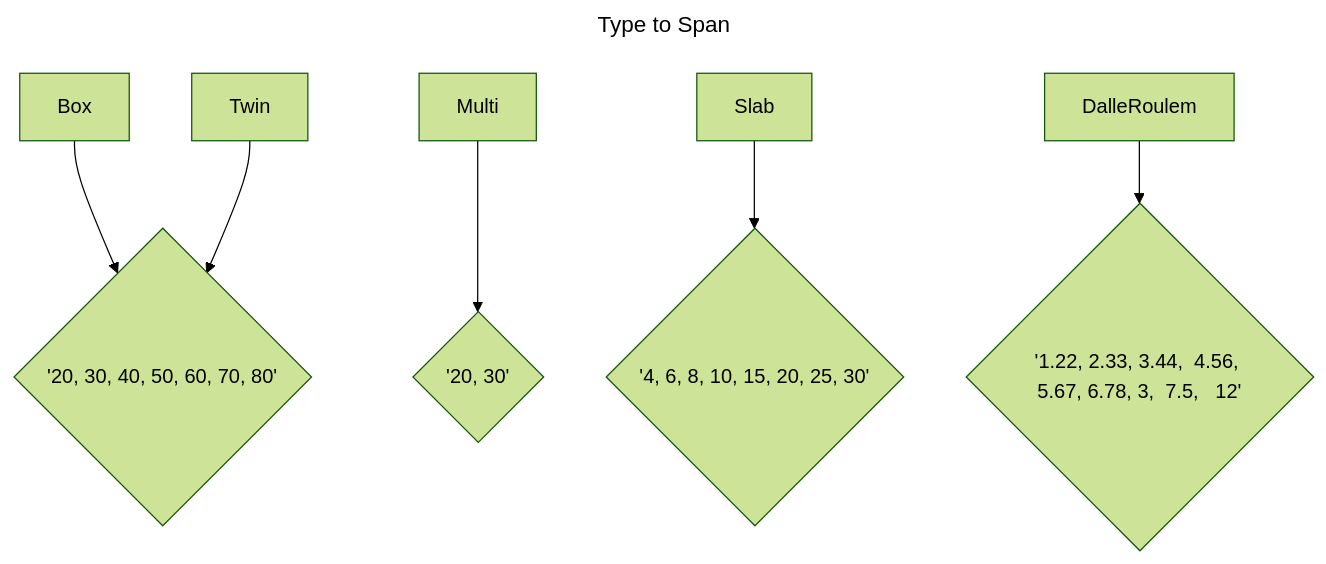
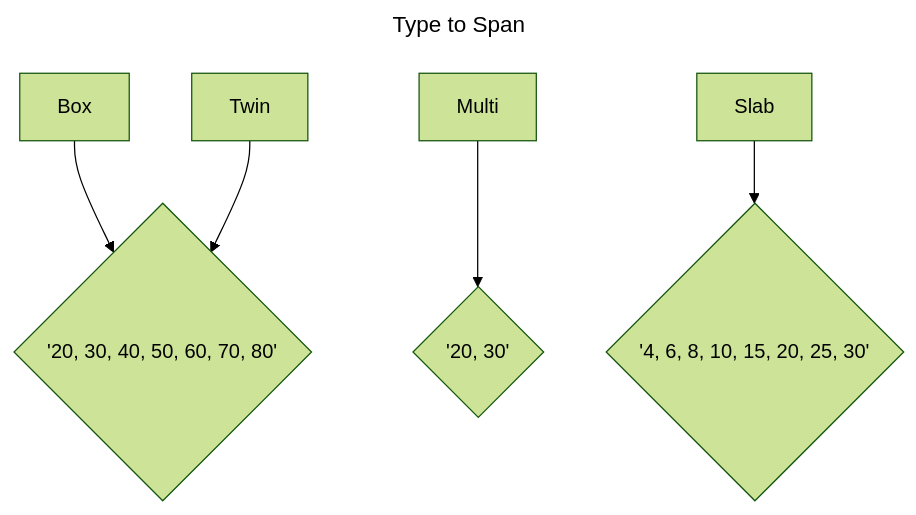
The third of 7 diagrams in README.md (EPFL-ENAC/resslab-astra_82001), drawn with Mermaid (forest theme) before and after one commit. The commit also changed other lines of this file, not shown here.

Commit message:
docs(README): add new graph

````diff
--- a/README.md
+++ b/README.md
@@ -92,19 +93,18 @@
 ```mermaid
 ---
 title: Type to Span
 ---
 
 graph TD
     %% Span
     %% Box -> 20,   30,   40,   50,   60,   70, 80
     %% Twin -> 20,   30,   40,   50,   60,   70, 80
     %% Multi -> 20,   30
     %% Slab -> 4, 6, 8, 10, 15, 20, 25, 30
     %% DalleRoulem --> 1.22, 2.33, 3.44,  4.56, 5.67, 6.78, 3,  7.5,   12
 
     A[Box] --> S1{'20,   30,   40,   50,   60,   70, 80'}
     B[Twin] --> S1{'20,   30,   40,   50,   60,   70, 80'}
     C[Multi] --> S2{'20,   30'}
     D[Slab] --> S3{'4, 6, 8, 10, 15, 20, 25, 30'}
-    E[DalleRoulem] --> S4{'1.22, 2.33, 3.44,  4.56, 5.67, 6.78, 3,  7.5,   12'}
 ```
````
